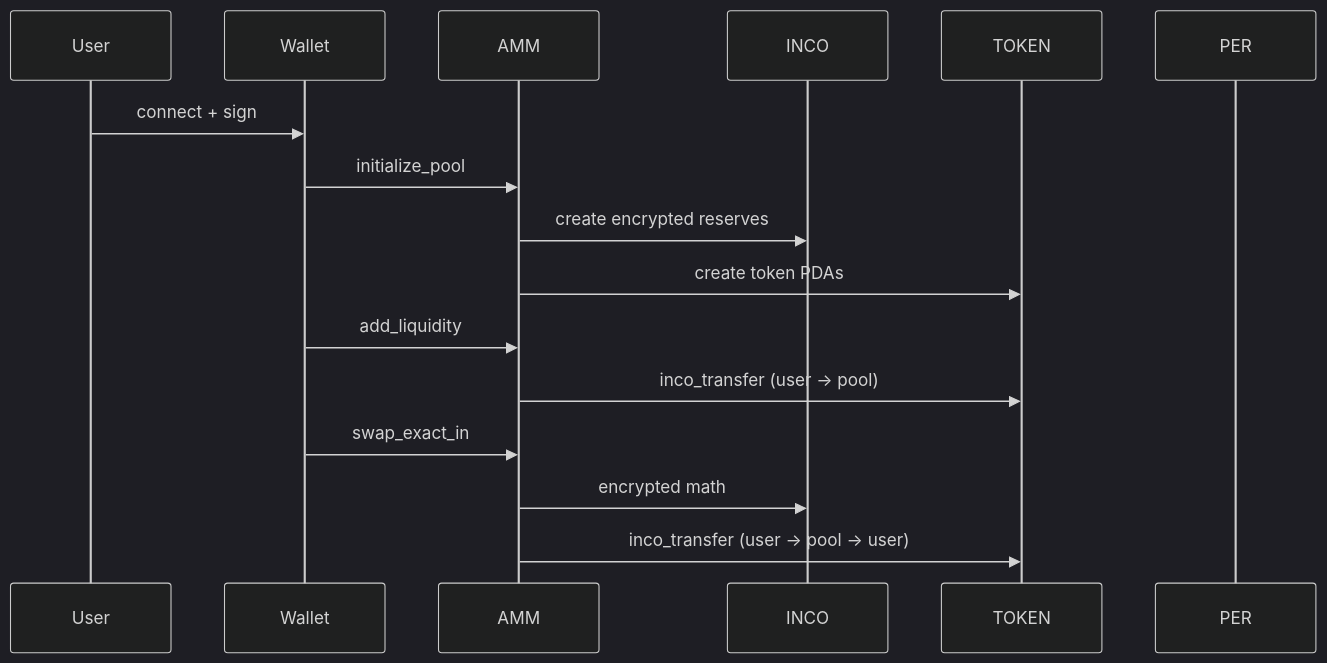
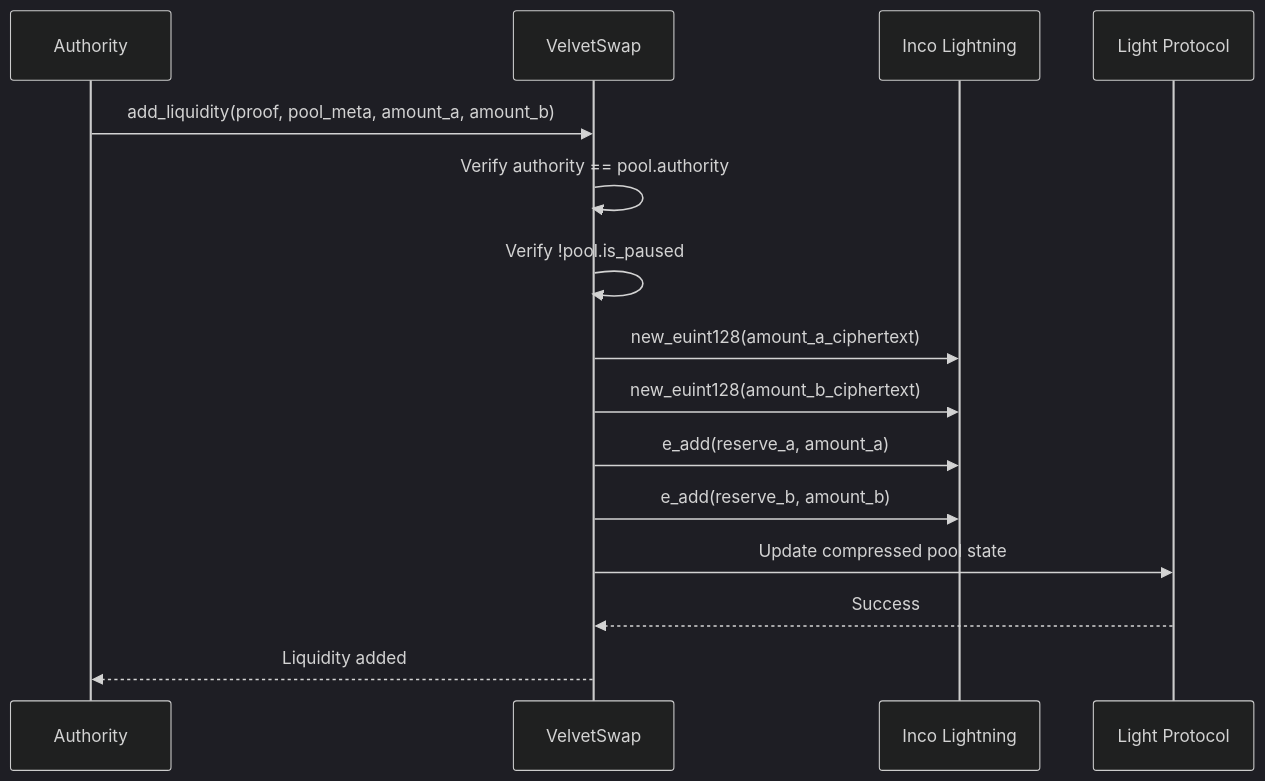
Before and after one commit to N-45div/Velvet_swap_program: the fifth of 9 diagrams in ARCHITECTURE.md, drawn with Mermaid (dark theme). The commit also changed other lines of this file and 1 other file, not shown here.

First line of the commit message:
docs: comprehensive README and ARCHITECTURE with mermaid diagrams

````diff
--- a/ARCHITECTURE.md
+++ b/ARCHITECTURE.md
@@ -43,21 +164,22 @@
 ```mermaid
 sequenceDiagram
-    participant User
-    participant Wallet
-    participant AMM
-    participant INCO
-    participant TOKEN
-    participant PER
+    participant Authority
+    participant Program as VelvetSwap
+    participant Inco as Inco Lightning
+    participant Light as Light Protocol
 
-    User->>Wallet: connect + sign
-    Wallet->>AMM: initialize_pool
-    AMM->>INCO: create encrypted reserves
-    AMM->>TOKEN: create token PDAs
-
-    Wallet->>AMM: add_liquidity
-    AMM->>TOKEN: inco_transfer (user -> pool)
-
-    Wallet->>AMM: swap_exact_in
-    AMM->>INCO: encrypted math
-    AMM->>TOKEN: inco_transfer (user -> pool -> user)
+    Authority->>Program: add_liquidity(proof, pool_meta, amount_a, amount_b)
+    
+    Program->>Program: Verify authority == pool.authority
+    Program->>Program: Verify !pool.is_paused
+    
+    Program->>Inco: new_euint128(amount_a_ciphertext)
+    Program->>Inco: new_euint128(amount_b_ciphertext)
+    
+    Program->>Inco: e_add(reserve_a, amount_a)
+    Program->>Inco: e_add(reserve_b, amount_b)
+    
+    Program->>Light: Update compressed pool state
+    Light-->>Program: Success
+    Program-->>Authority: Liquidity added
 ```
````
